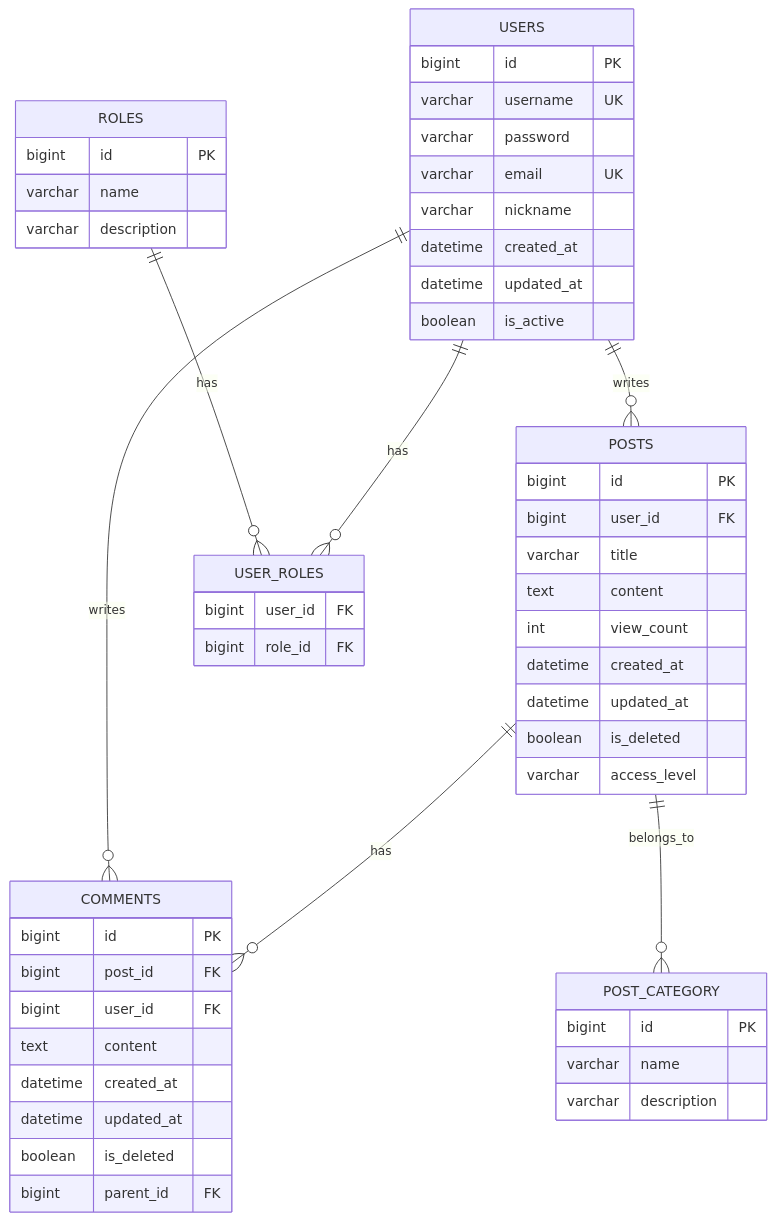
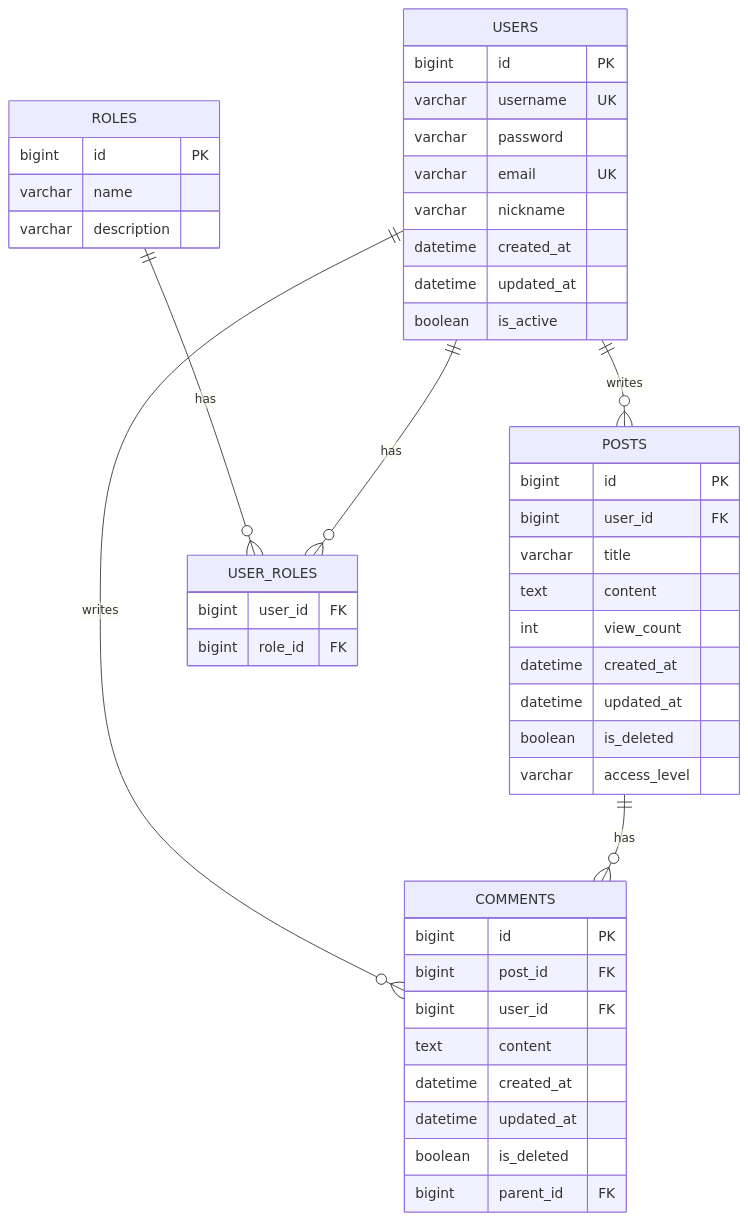
Before and after one commit to csyhorizon/goorm: the diagram in README.md, drawn with Mermaid. The commit also changed other lines of this file and 3 other files, not shown here.

````diff
--- a/README.md
+++ b/README.md
@@ -22,60 +22,53 @@
 ```mermaid
 erDiagram
     USERS ||--o{ POSTS : writes
     USERS ||--o{ COMMENTS : writes
     POSTS ||--o{ COMMENTS : has
-    POSTS ||--o{ POST_CATEGORY : belongs_to
     ROLES ||--o{ USER_ROLES : has
     USERS ||--o{ USER_ROLES : has
 
     USERS {
         bigint id PK
         varchar username UK
         varchar password
         varchar email UK
         varchar nickname
         datetime created_at
         datetime updated_at
         boolean is_active
     }
 
     POSTS {
         bigint id PK
         bigint user_id FK
         varchar title
         text content
         int view_count
         datetime created_at
         datetime updated_at
         boolean is_deleted
         varchar access_level
     }
 
     COMMENTS {
         bigint id PK
         bigint post_id FK
         bigint user_id FK
         text content
         datetime created_at
         datetime updated_at
         boolean is_deleted
         bigint parent_id FK
     }
 
-    POST_CATEGORY {
-        bigint id PK
-        varchar name
-        varchar description
-    }
-
     ROLES {
         bigint id PK
         varchar name
         varchar description
     }
 
     USER_ROLES {
         bigint user_id FK
         bigint role_id FK
     }
 ```
````
